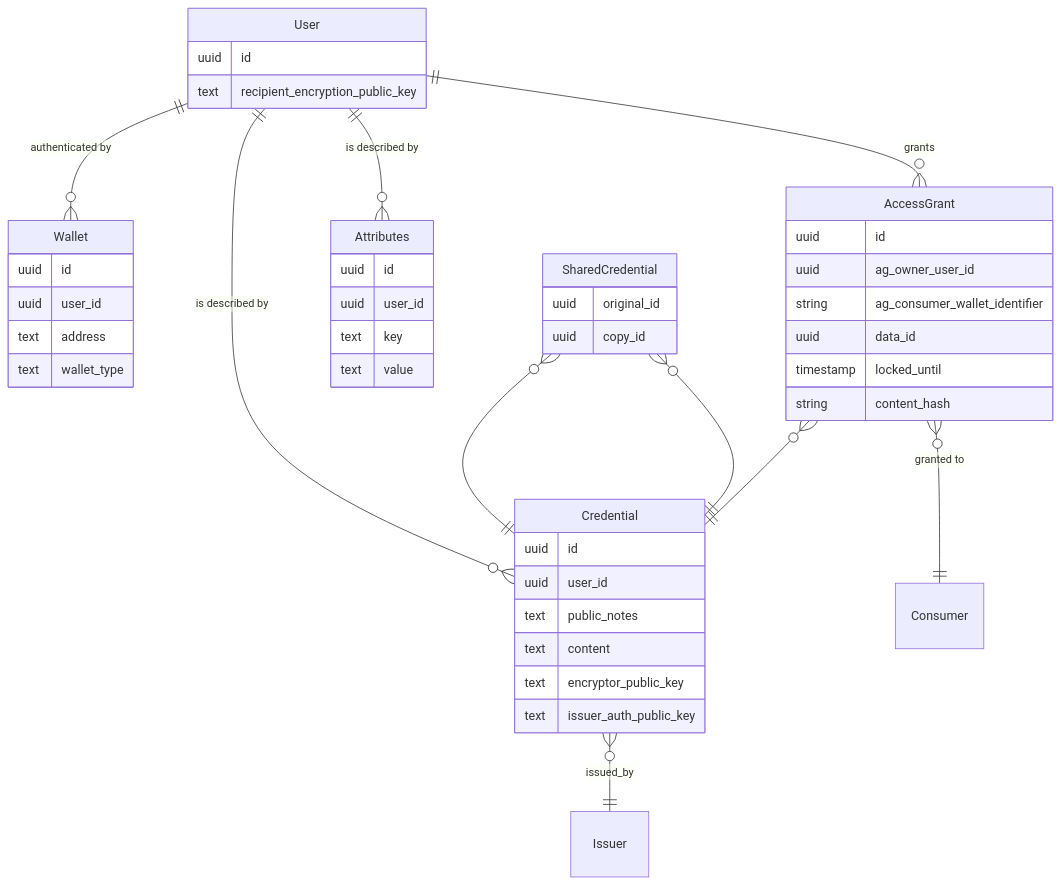
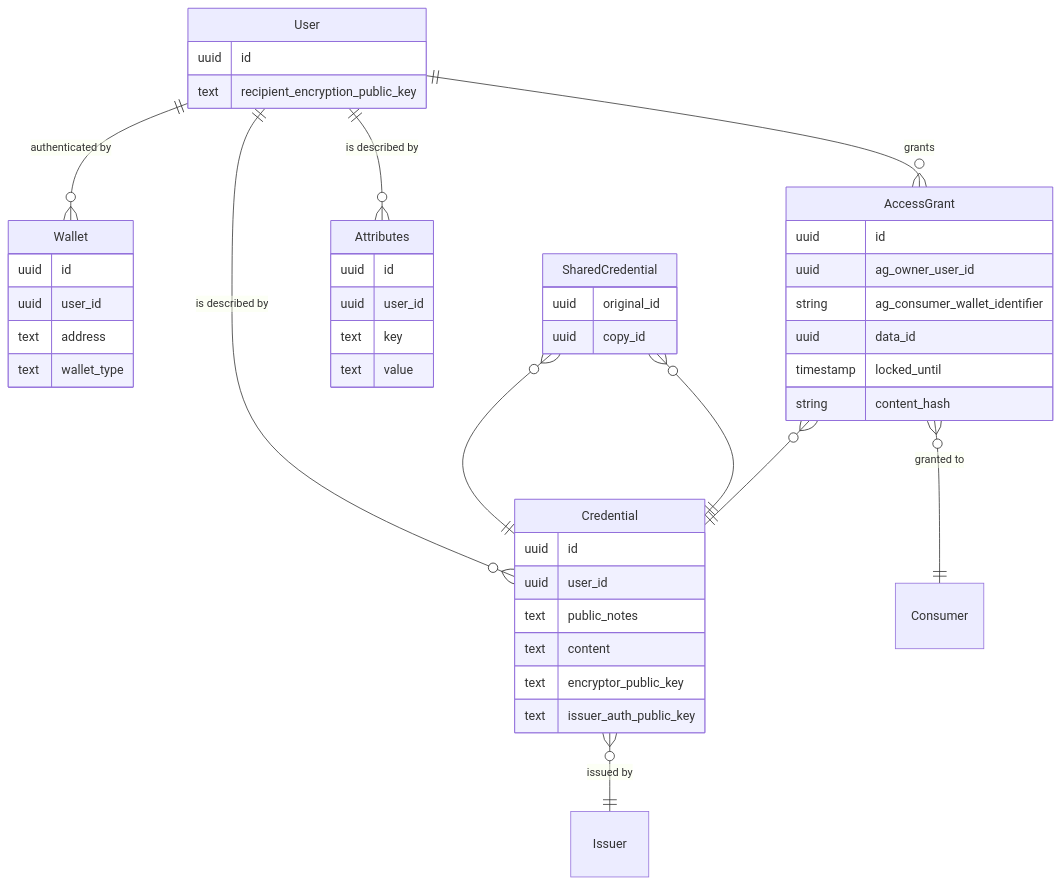
Before and after one commit to idos-network/idos-sdk-js: the diagram in docs/README.md, drawn with Mermaid. The commit also changed other lines of this file, not shown here.

````diff
--- a/docs/README.md
+++ b/docs/README.md
@@ -31,49 +31,49 @@
 ```mermaid
 erDiagram
     User {
         uuid id
         text recipient_encryption_public_key
     }
     Wallet {
         uuid id
         uuid user_id
         text address
         text wallet_type
     }
     Credential {
         uuid id
         uuid user_id
         text public_notes
         text content
         text encryptor_public_key
         text issuer_auth_public_key
     }
     Attributes {
         uuid id
         uuid user_id
         text key
         text value
     }
     AccessGrant {
         uuid id
         uuid ag_owner_user_id
         string ag_consumer_wallet_identifier
         uuid data_id
         timestamp locked_until
         string content_hash
     }
     SharedCredential {
         uuid original_id
         uuid copy_id
     }
 
     User ||--o{ Wallet : "authenticated by"
     User ||--o{ Credential : "is described by"
     User ||--o{ Attributes : "is described by"
     User ||--o{ AccessGrant : grants
-    Credential }o--|| Issuer : issued_by
+    Credential }o--|| Issuer : "issued by"
     AccessGrant }o--|| Credential : ""
     AccessGrant }o--|| Consumer: "granted to"
     SharedCredential }o--|| Credential : ""
     SharedCredential }o--|| Credential : ""
 ```
````
